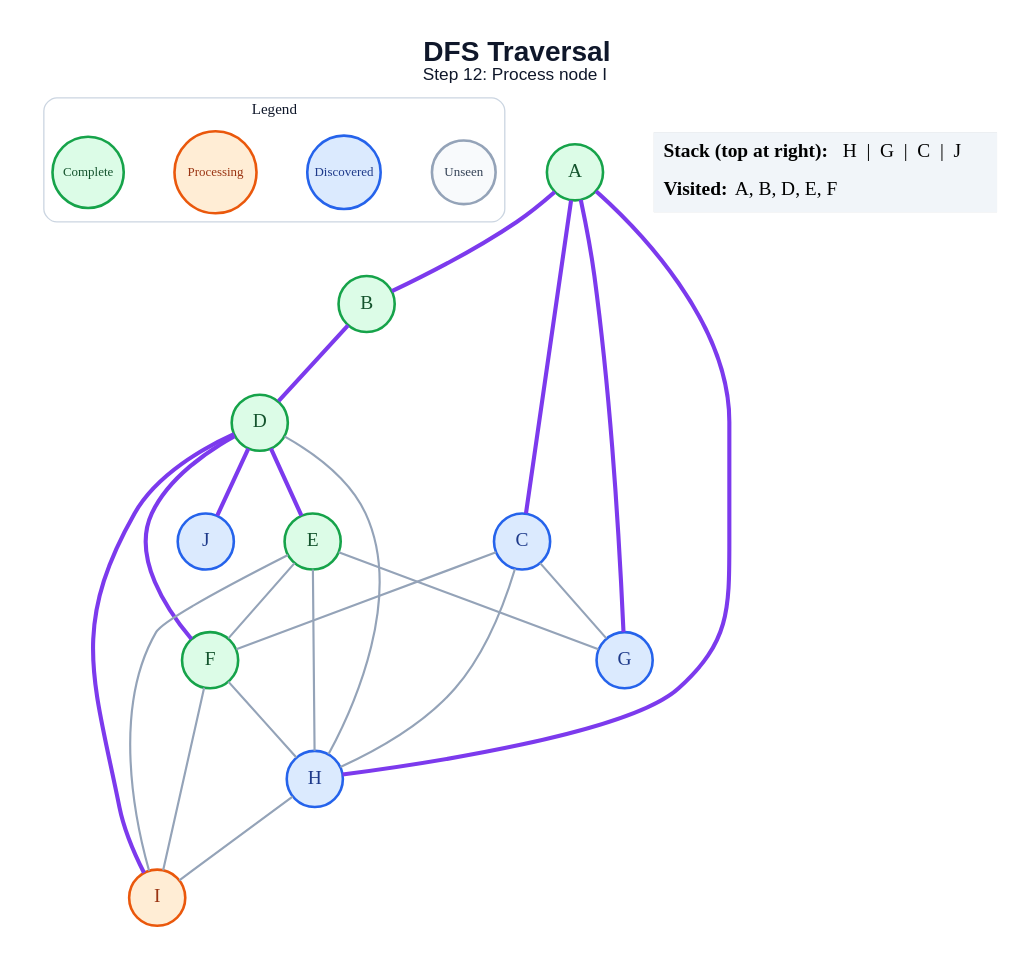
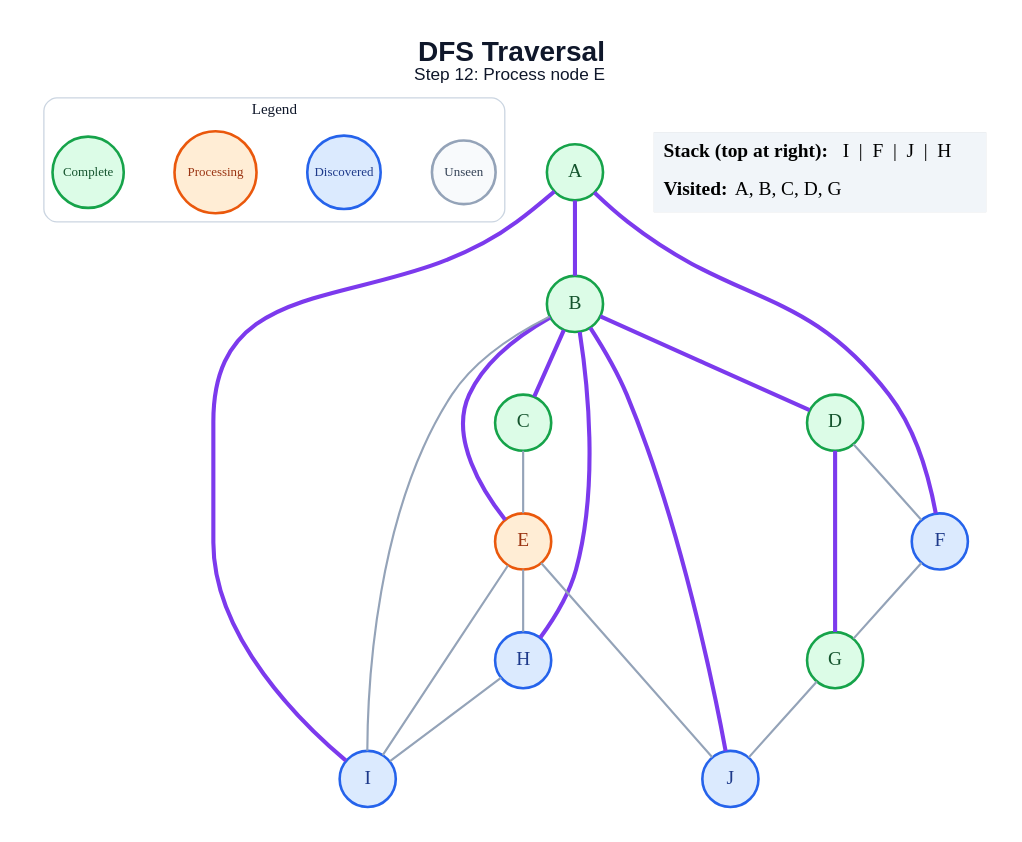
One commit to amanghodawala9/ai-slop changed the diagram in generated/dfs/step_12.dot. Above: the diagram before and after it, drawn with Graphviz. The commit also changed 178 other files, not shown here.

```diff
--- a/generated/dfs/step_12.dot
+++ b/generated/dfs/step_12.dot
@@ -1,49 +1,47 @@
 graph traversal {
   graph [layout=dot, rankdir=TB, bgcolor="#FFFFFF", pad="0.35", nodesep="0.65", ranksep="0.8", fontname="Arial"];
   node [shape=circle, style="filled", fontname="Arial Bold", fontsize=18, width=0.72, fixedsize=true, penwidth=2.4];
   edge [color="#94A3B8", penwidth=2.0];
-  label=<<B>DFS Traversal</B><BR/><FONT POINT-SIZE="16">Step 12: Process node I</FONT>>; labelloc="t"; fontsize=26; fontname="Arial"; fontcolor="#0F172A";
+  label=<<B>DFS Traversal</B><BR/><FONT POINT-SIZE="16">Step 12: Process node E</FONT>>; labelloc="t"; fontsize=26; fontname="Arial"; fontcolor="#0F172A";
   subgraph cluster_legend { label="Legend"; color="#CBD5E1"; penwidth=1.2; style="rounded"; fontsize=14; fontname="Arial Bold";
     key_unseen [label="Unseen", fillcolor="#F8FAFC", color="#94A3B8", fontcolor="#334155", fontsize=12, width=0.82];
     key_frontier [label="Discovered", fillcolor="#DBEAFE", color="#2563EB", fontcolor="#1E3A8A", fontsize=12, width=0.95];
     key_current [label="Processing", fillcolor="#FFEDD5", color="#EA580C", fontcolor="#9A3412", fontsize=12, width=1.05];
     key_done [label="Complete", fillcolor="#DCFCE7", color="#16A34A", fontcolor="#14532D", fontsize=12, width=0.92];
     { rank=same; key_unseen; key_frontier; key_current; key_done; }
   }
   A [fillcolor="#DCFCE7", color="#16A34A", fontcolor="#14532D"];
   B [fillcolor="#DCFCE7", color="#16A34A", fontcolor="#14532D"];
-  C [fillcolor="#DBEAFE", color="#2563EB", fontcolor="#1E3A8A"];
+  C [fillcolor="#DCFCE7", color="#16A34A", fontcolor="#14532D"];
   D [fillcolor="#DCFCE7", color="#16A34A", fontcolor="#14532D"];
-  E [fillcolor="#DCFCE7", color="#16A34A", fontcolor="#14532D"];
-  F [fillcolor="#DCFCE7", color="#16A34A", fontcolor="#14532D"];
-  G [fillcolor="#DBEAFE", color="#2563EB", fontcolor="#1E3A8A"];
+  E [fillcolor="#FFEDD5", color="#EA580C", fontcolor="#9A3412"];
+  F [fillcolor="#DBEAFE", color="#2563EB", fontcolor="#1E3A8A"];
+  G [fillcolor="#DCFCE7", color="#16A34A", fontcolor="#14532D"];
   H [fillcolor="#DBEAFE", color="#2563EB", fontcolor="#1E3A8A"];
-  I [fillcolor="#FFEDD5", color="#EA580C", fontcolor="#9A3412"];
+  I [fillcolor="#DBEAFE", color="#2563EB", fontcolor="#1E3A8A"];
   J [fillcolor="#DBEAFE", color="#2563EB", fontcolor="#1E3A8A"];
   A -- B [color="#7C3AED", penwidth=3.8];
-  A -- C [color="#7C3AED", penwidth=3.8];
-  A -- G [color="#7C3AED", penwidth=3.8];
-  A -- H [color="#7C3AED", penwidth=3.8];
+  A -- F [color="#7C3AED", penwidth=3.8];
+  A -- I [color="#7C3AED", penwidth=3.8];
+  B -- C [color="#7C3AED", penwidth=3.8];
   B -- D [color="#7C3AED", penwidth=3.8];
-  C -- F;
-  C -- G;
-  C -- H;
-  D -- E [color="#7C3AED", penwidth=3.8];
-  D -- F [color="#7C3AED", penwidth=3.8];
-  D -- H;
-  D -- I [color="#7C3AED", penwidth=3.8];
-  D -- J [color="#7C3AED", penwidth=3.8];
-  E -- F;
-  E -- G;
+  B -- E [color="#7C3AED", penwidth=3.8];
+  B -- H [color="#7C3AED", penwidth=3.8];
+  B -- I;
+  B -- J [color="#7C3AED", penwidth=3.8];
+  C -- E;
+  D -- F;
+  D -- G [color="#7C3AED", penwidth=3.8];
   E -- H;
   E -- I;
-  F -- H;
-  F -- I;
+  E -- J;
+  F -- G;
+  G -- J;
   H -- I;
   status [shape=plain, fixedsize=false, width=0, height=0, margin=0, label=<
     <TABLE BORDER="0" CELLBORDER="0" CELLPADDING="7" BGCOLOR="#F1F5F9">
-      <TR><TD ALIGN="LEFT"><B>Stack (top at right):</B> H  |  G  |  C  |  J</TD></TR>
-      <TR><TD ALIGN="LEFT"><B>Visited:</B> A, B, D, E, F</TD></TR>
+      <TR><TD ALIGN="LEFT"><B>Stack (top at right):</B> I  |  F  |  J  |  H</TD></TR>
+      <TR><TD ALIGN="LEFT"><B>Visited:</B> A, B, C, D, G</TD></TR>
     </TABLE>
   >];
 }
```
